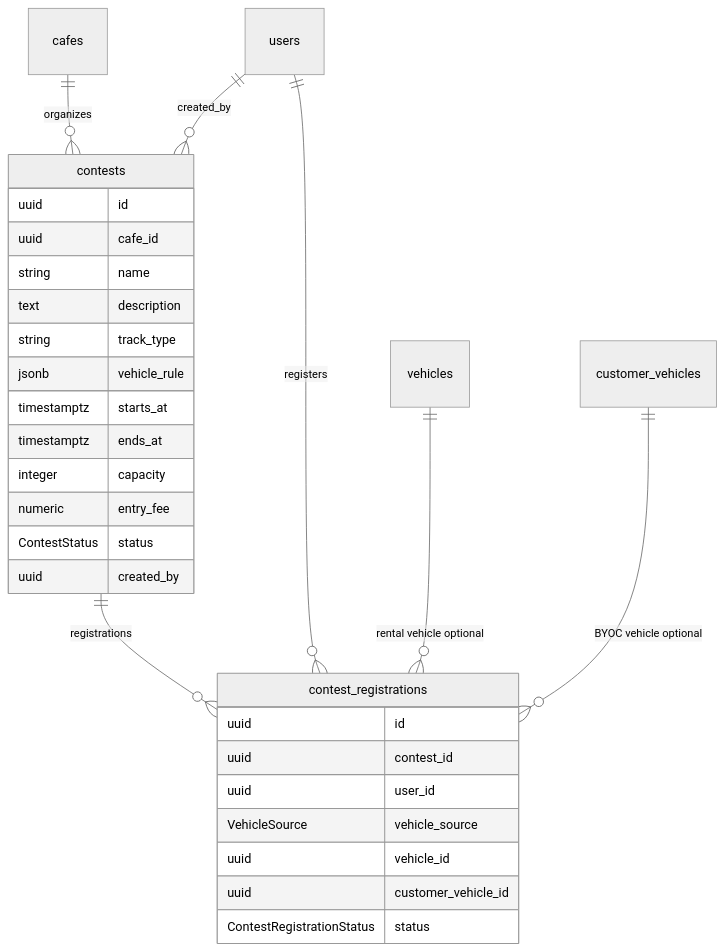
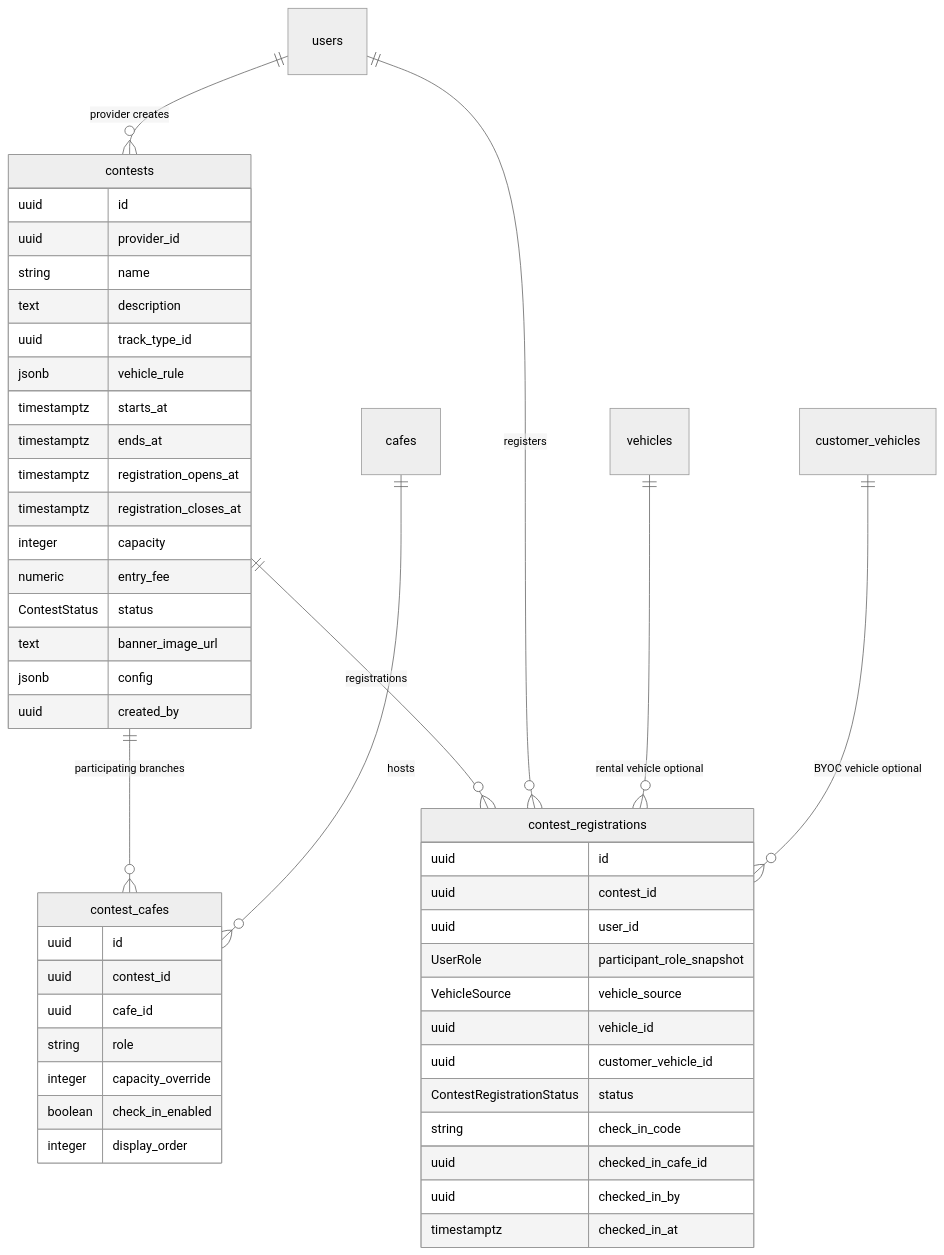
The second of 6 diagrams in docs/architecture/03-contest.md (RCField-SEP490/rcfield-spec), drawn with Mermaid (neutral theme) before and after one commit. The commit also changed other lines of this file and 6 other files, not shown here.

Commit message:
docs: update contest multi-branch flow

````diff
--- a/docs/architecture/03-contest.md
+++ b/docs/architecture/03-contest.md
@@ -98,34 +99,54 @@
 ```mermaid
 erDiagram
-    cafes ||--o{ contests : "organizes"
-    users ||--o{ contests : "created_by"
+    users ||--o{ contests : "provider creates"
+    contests ||--o{ contest_cafes : "participating branches"
+    cafes ||--o{ contest_cafes : "hosts"
     contests ||--o{ contest_registrations : "registrations"
     users ||--o{ contest_registrations : "registers"
     vehicles ||--o{ contest_registrations : "rental vehicle optional"
     customer_vehicles ||--o{ contest_registrations : "BYOC vehicle optional"
 
     contests {
       uuid id
-      uuid cafe_id
+      uuid provider_id
       string name
       text description
-      string track_type
+      uuid track_type_id
       jsonb vehicle_rule
       timestamptz starts_at
       timestamptz ends_at
+      timestamptz registration_opens_at
+      timestamptz registration_closes_at
       integer capacity
       numeric entry_fee
       ContestStatus status
+      text banner_image_url
+      jsonb config
       uuid created_by
+    }
+
+    contest_cafes {
+      uuid id
+      uuid contest_id
+      uuid cafe_id
+      string role
+      integer capacity_override
+      boolean check_in_enabled
+      integer display_order
     }
 
     contest_registrations {
       uuid id
       uuid contest_id
       uuid user_id
+      UserRole participant_role_snapshot
       VehicleSource vehicle_source
       uuid vehicle_id
       uuid customer_vehicle_id
       ContestRegistrationStatus status
+      string check_in_code
+      uuid checked_in_cafe_id
+      uuid checked_in_by
+      timestamptz checked_in_at
     }
 ```
````
